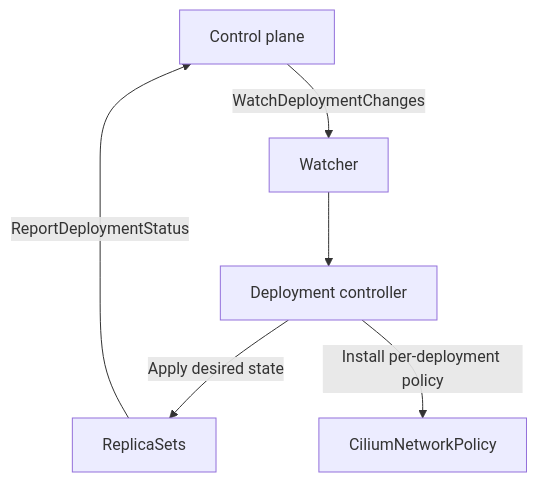
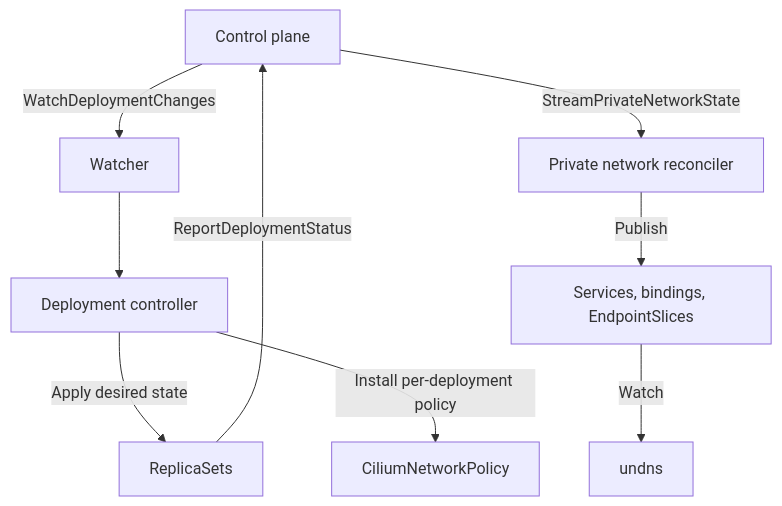
Before and after one commit to unkeyed/unkey: the diagram in docs/engineering/architecture/services/krane/overview.mdx, drawn with Mermaid. The commit also changed other lines of this file and 8 other files, not shown here.

````diff
--- a/docs/engineering/architecture/services/krane/overview.mdx
+++ b/docs/engineering/architecture/services/krane/overview.mdx
@@ -39,10 +41,14 @@
 ```mermaid
 flowchart TD
   Ctrl[Control plane] -->|WatchDeploymentChanges| Watcher[Watcher]
   Watcher --> DeployCtrl[Deployment controller]
 
   DeployCtrl -->|Apply desired state| K8SDeploy[ReplicaSets]
   DeployCtrl -->|Install per-deployment policy| K8SCilium[CiliumNetworkPolicy]
 
   K8SDeploy -->|ReportDeploymentStatus| Ctrl
+
+  Ctrl -->|StreamPrivateNetworkState| PrivateNet[Private network reconciler]
+  PrivateNet -->|Publish| K8SDiscovery[Services, bindings, EndpointSlices]
+  K8SDiscovery -->|Watch| Undns[undns]
 ```
````
